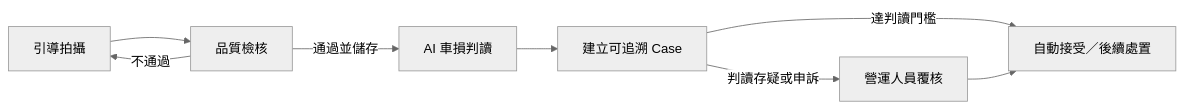
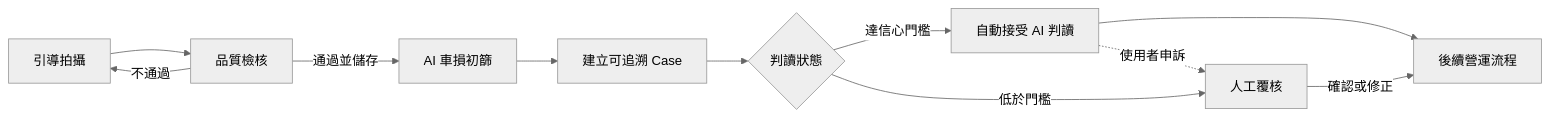
Before and after one commit to chenghao55/Hotai-Hackton-jjteam: the first of 2 diagrams in README.md, drawn with Mermaid (neutral theme). The commit also changed other lines of this file, not shown here.

Commit message:
doc(README): 細條流程圖, 文句

````diff
--- a/README.md
+++ b/README.md
@@ -41,10 +41,13 @@
-```mermaid
+``` mermaid
 flowchart LR
     A[引導拍攝] --> B[品質檢核]
     B -->|不通過| A
-    B -->|通過並儲存| C[AI 車損判讀]
+    B -->|通過並儲存| C[AI 車損初篩]
     C --> D[建立可追溯 Case]
-    D -->|達判讀門檻| F[自動接受／後續處置]
-    D -->|判讀存疑或申訴| E[營運人員覆核]
-    E --> F
+    D --> G{判讀狀態}
+    G -->|達信心門檻| H[自動接受 AI 判讀]
+    G -->|低於門檻| E[人工覆核]
+    H --> F[後續營運流程]
+    E -->|確認或修正| F
+    H -.->|使用者申訴| E
 ```
````
